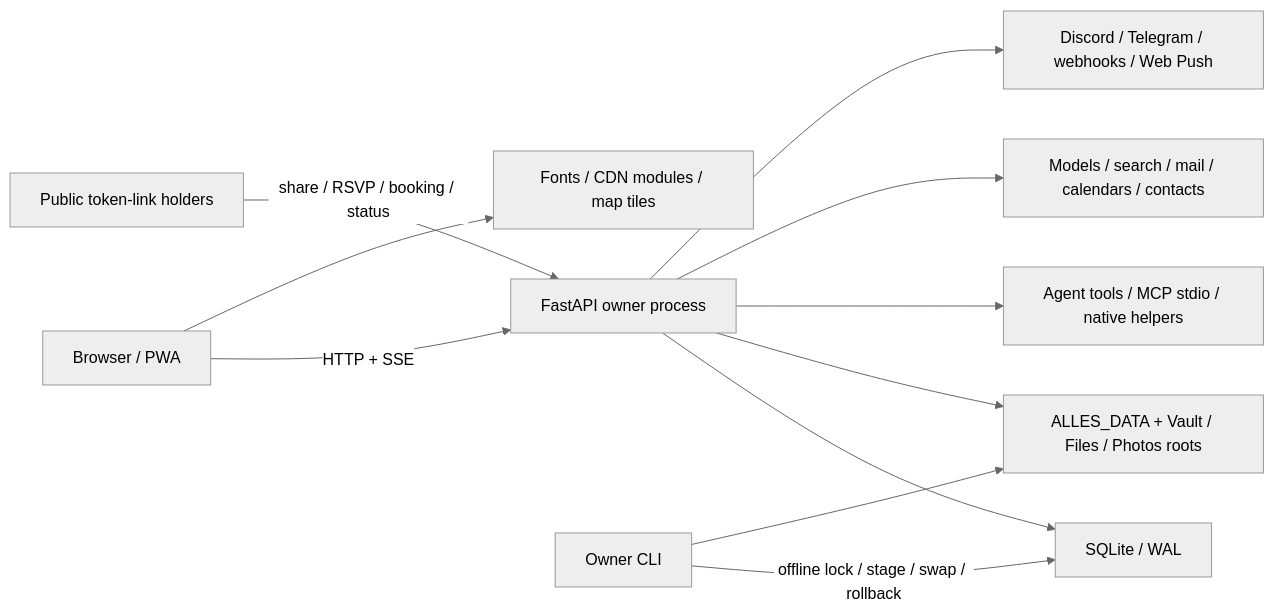
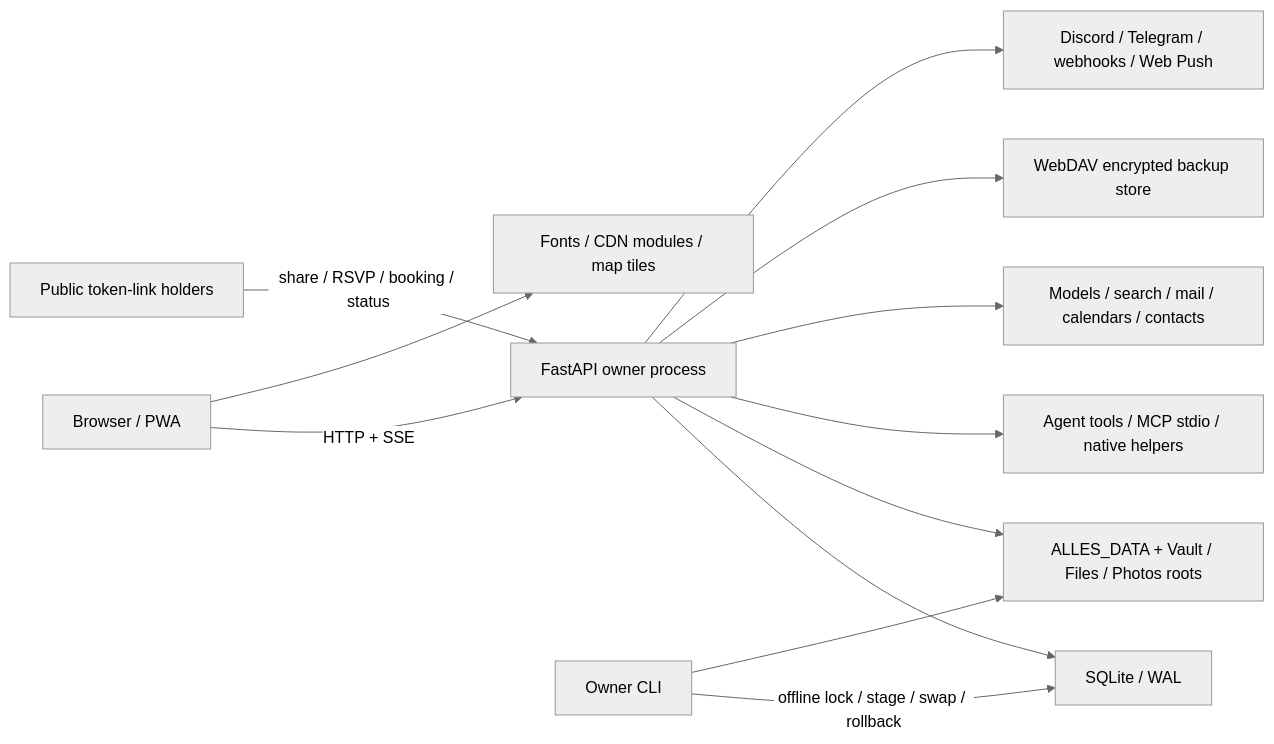
Before and after one commit to jxherc/alles: the diagram in docs/plans/afterlife/current-trust-map.md, drawn with Mermaid (neutral theme). The commit also changed other lines of this file and 24 other files, not shown here.

First line of the commit message:
(new) afterlife 1c: backup: add verified webdav storage

````diff
--- a/docs/plans/afterlife/current-trust-map.md
+++ b/docs/plans/afterlife/current-trust-map.md
@@ -29,13 +30,14 @@
 ```mermaid
 flowchart LR
     browser["Browser / PWA"] -->|"HTTP + SSE"| server["FastAPI owner process"]
     public["Public token-link holders"] -->|"share / RSVP / booking / status"| server
     browser --> direct["Fonts / CDN modules / map tiles"]
     server --> sqlite["SQLite / WAL"]
     server --> stores["ALLES_DATA + Vault / Files / Photos roots"]
     server --> host["Agent tools / MCP stdio / native helpers"]
     server --> providers["Models / search / mail / calendars / contacts"]
+    server --> webdav["WebDAV encrypted backup store"]
     server --> delivery["Discord / Telegram / webhooks / Web Push"]
     cli["Owner CLI"] -->|"offline lock / stage / swap / rollback"| sqlite
     cli --> stores
 ```
````
